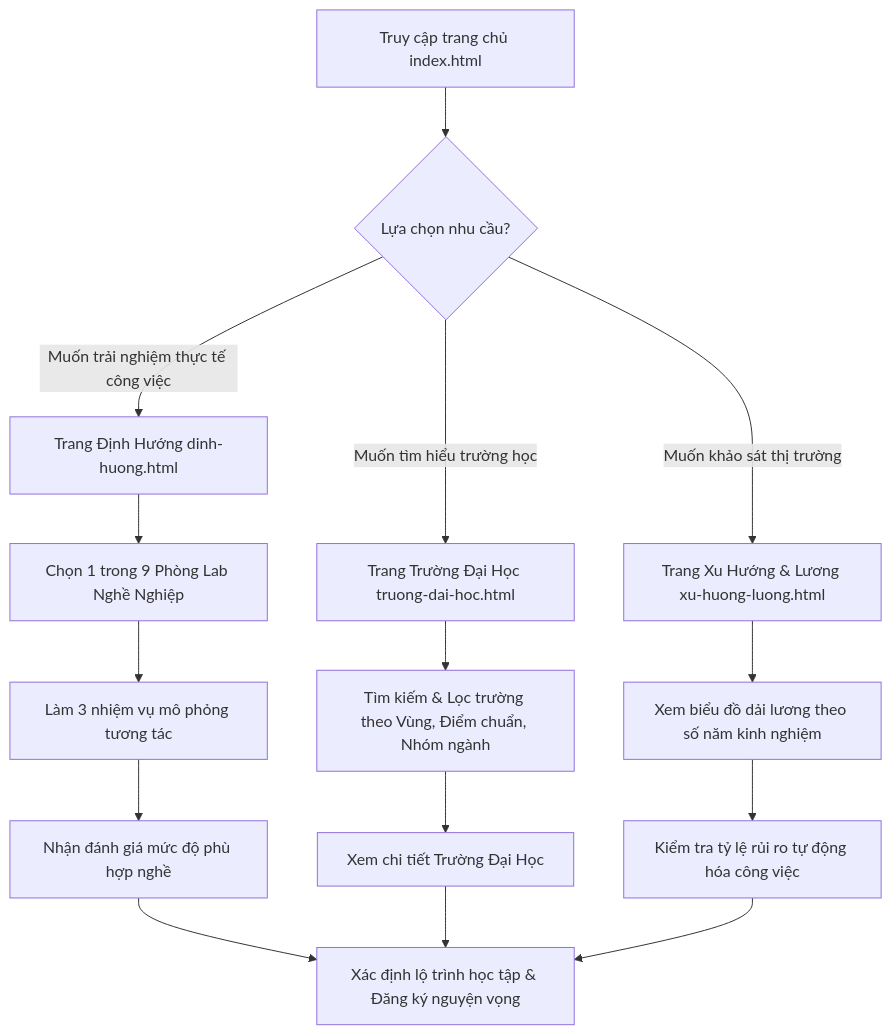
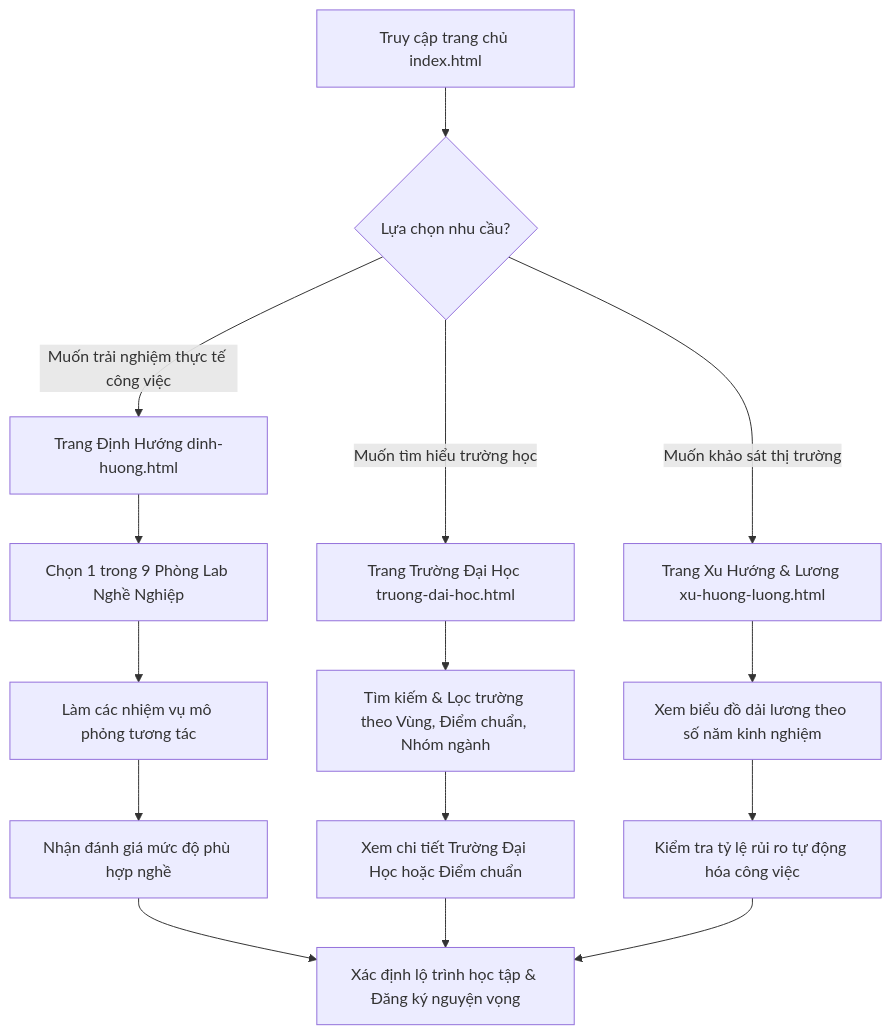
The diagram in README.md (tranquangt/huongnghiepvn), drawn with Mermaid before and after one commit. The commit also changed other lines of this file and 2825 other files, not shown here.

````diff
--- a/README.md
+++ b/README.md
@@ -39,19 +81,19 @@
 ```mermaid
 graph TD
     A[Truy cập trang chủ index.html] --> B{Lựa chọn nhu cầu?}
     B -->|Muốn trải nghiệm thực tế công việc| C[Trang Định Hướng dinh-huong.html]
     B -->|Muốn tìm hiểu trường học| D[Trang Trường Đại Học truong-dai-hoc.html]
     B -->|Muốn khảo sát thị trường| E[Trang Xu Hướng & Lương xu-huong-luong.html]
     
     C --> C1[Chọn 1 trong 9 Phòng Lab Nghề Nghiệp]
-    C1 --> C2[Làm 3 nhiệm vụ mô phỏng tương tác]
+    C1 --> C2[Làm các nhiệm vụ mô phỏng tương tác]
     C2 --> C3[Nhận đánh giá mức độ phù hợp nghề]
     
     D --> D1[Tìm kiếm & Lọc trường theo Vùng, Điểm chuẩn, Nhóm ngành]
-    D1 --> D2[Xem chi tiết Trường Đại Học]
+    D1 --> D2[Xem chi tiết Trường Đại Học hoặc Điểm chuẩn]
     
     E --> E1[Xem biểu đồ dải lương theo số năm kinh nghiệm]
     E1 --> E2[Kiểm tra tỷ lệ rủi ro tự động hóa công việc]
     
     C3 & D2 & E2 --> F[Xác định lộ trình học tập & Đăng ký nguyện vọng]
 ```
````
